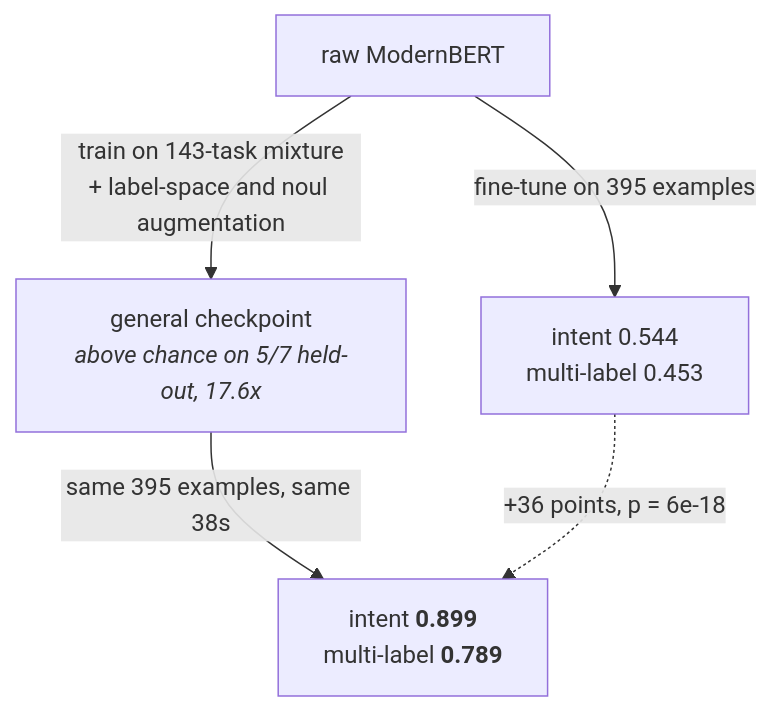
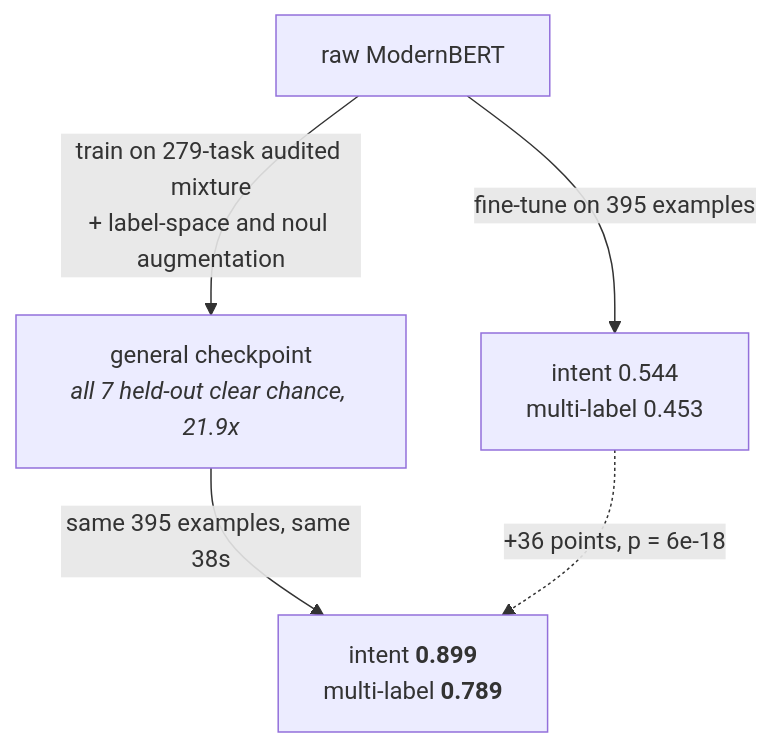
The fourth of 4 diagrams in docs/architecture.md (S1LV3RJ1NX/openjev), drawn with Mermaid before and after one commit. The commit also changed 1 other file, not shown here.

Commit message:
Rewrite 'Where Jev wins', which the LoRA result made wrong
It still said Jev wins routing 0.941 against our 0.899 and called the
multi-label set a tie at 0.789 against 0.822. Both are now losses for
Jev: 0.979 and 0.909, at p = 1e-03 and 7e-06. Leaving that in was
understating our own result, which is the same failure as overstating
it -- the section is supposed to be accurate, not modest.

The honest split is about labels, so the section now says that plainly:
without labels for your task Jev wins, with them we do. Its zero-shot
advantage is stated with our real numbers, 0.343 best measured and 0.290
for the published checkpoint against their 0.820, because that gap is
the reason to pay them and it should not be softened either.

Also refreshes the held-out figure from 17.6x to 21.9x in the README and
the architecture diagram, which still described a 143-task mixture and
5 of 7 tasks above chance.

````diff
--- a/docs/architecture.md
+++ b/docs/architecture.md
@@ -159,7 +159,7 @@
 ```mermaid
 flowchart TB
     RAW["raw ModernBERT"] -->|"fine-tune on 395 examples"| A["intent 0.544<br/>multi-label 0.453"]
-    RAW -->|"train on 143-task mixture<br/>+ label-space and noul augmentation"| GEN["general checkpoint<br/><i>above chance on 5/7 held-out, 17.6x</i>"]
+    RAW -->|"train on 279-task audited mixture<br/>+ label-space and noul augmentation"| GEN["general checkpoint<br/><i>all 7 held-out clear chance, 21.9x</i>"]
     GEN -->|"same 395 examples, same 38s"| B["intent <b>0.899</b><br/>multi-label <b>0.789</b>"]
     A -.->|"+36 points, p = 6e-18"| B
 ```
````
